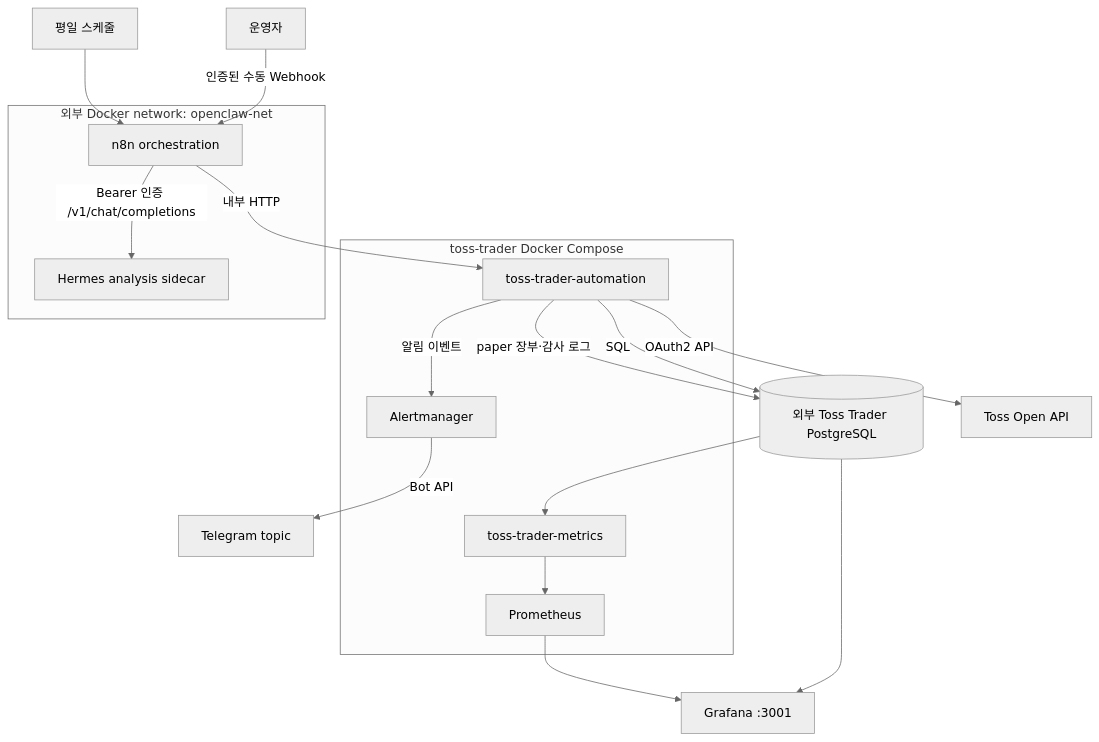
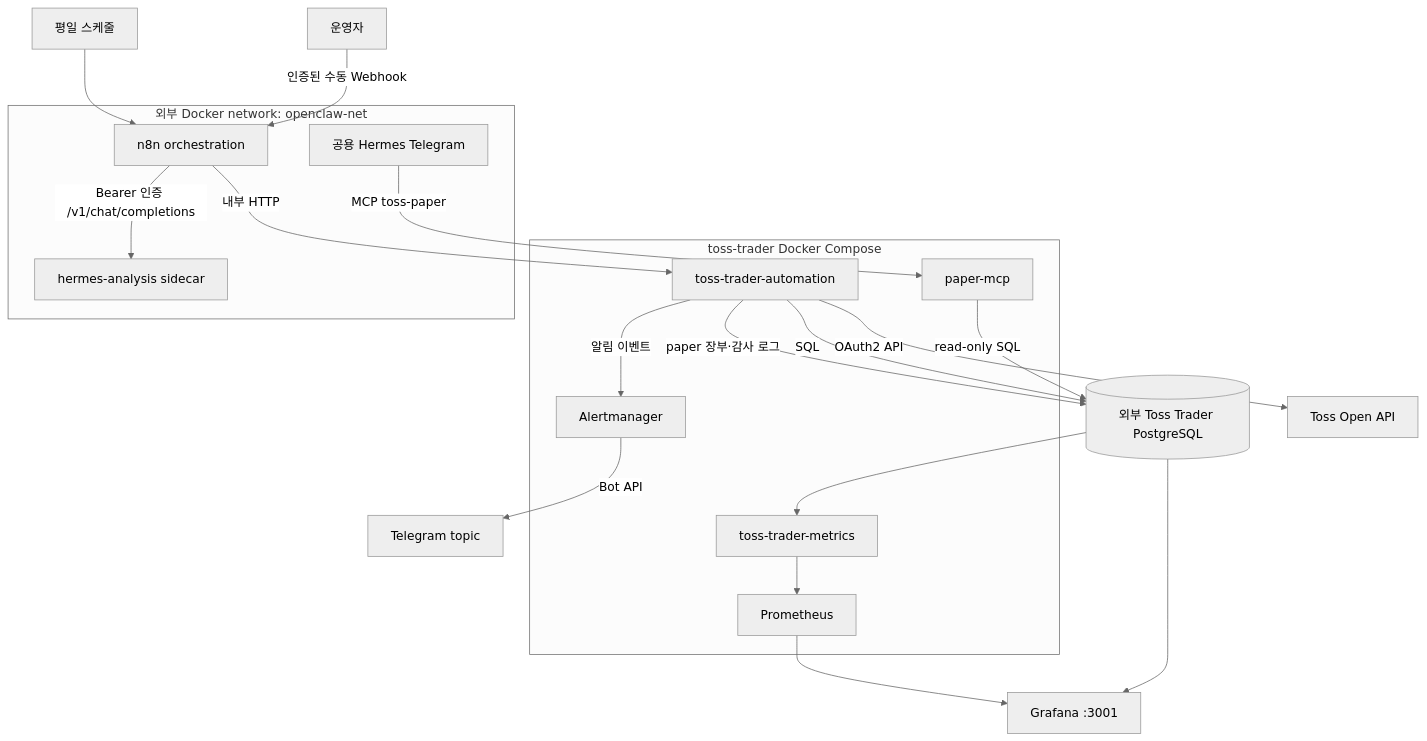
The first of 12 diagrams in docs/system-workflow.md (hunchulchoi/toss-trader), drawn with Mermaid (neutral theme) before and after one commit. The commit also changed other lines of this file and 9 other files, not shown here.

First line of the commit message:
docs: wire paper MCP and snapshot P&L

````diff
--- a/docs/system-workflow.md
+++ b/docs/system-workflow.md
@@ -5,29 +5,33 @@
 ```mermaid
 flowchart TB
     OP[운영자] -->|인증된 수동 Webhook| N8N
     SCHED[평일 스케줄] --> N8N
 
     subgraph COMPOSE[toss-trader Docker Compose]
         AUTO[toss-trader-automation]
         AM[Alertmanager]
         METRICS[toss-trader-metrics]
         PROM[Prometheus]
+        PAPERMCP[paper-mcp]
     end
 
     subgraph OPENCLAW[외부 Docker network: openclaw-net]
         N8N[n8n orchestration]
-        HERMES[Hermes analysis sidecar]
+        HERMES[hermes-analysis sidecar]
+        PUBHERMES[공용 Hermes Telegram]
     end
 
     N8N -->|내부 HTTP| AUTO
     N8N -->|Bearer 인증 /v1/chat/completions| HERMES
     AUTO -->|OAuth2 API| TOSS[Toss Open API]
     AUTO -->|SQL| DB[(외부 Toss Trader PostgreSQL)]
     AUTO -->|paper 장부·감사 로그| DB
     AUTO -->|알림 이벤트| AM
     AM -->|Bot API| TELEGRAM[Telegram topic]
+    PUBHERMES -->|MCP toss-paper| PAPERMCP
+    PAPERMCP -->|read-only SQL| DB
     DB --> METRICS
     METRICS --> PROM
     DB --> GRAFANA[Grafana :3001]
     PROM --> GRAFANA
 ```
````
